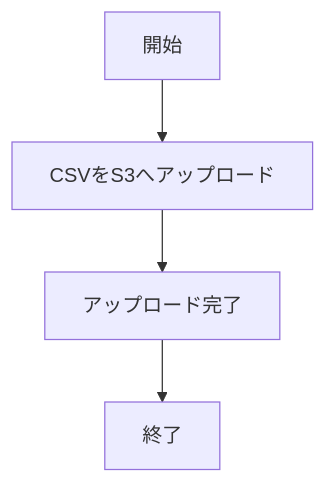
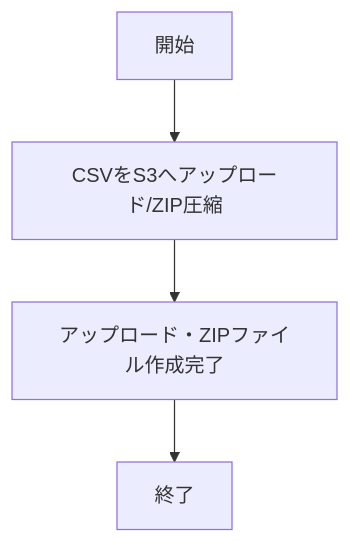
One commit to tk826/OpenHands-Test changed the fourth of 4 diagrams in BD_DD.md. Above: the diagram before and after it, drawn with Mermaid. The commit also changed other lines of this file, not shown here.

````diff
--- a/BD_DD.md
+++ b/BD_DD.md
@@ -71,6 +51,6 @@
 ```mermaid
 graph TD;
-    A[開始] --> B[CSVをS3へアップロード]
-    B --> C[アップロード完了]
+    A[開始] --> B[CSVをS3へアップロード/ZIP圧縮]
+    B --> C[アップロード・ZIPファイル作成完了]
     C --> D[終了]
 ```
````
